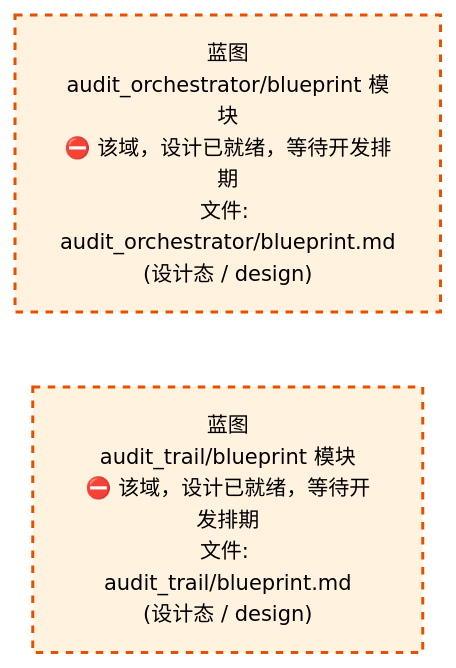
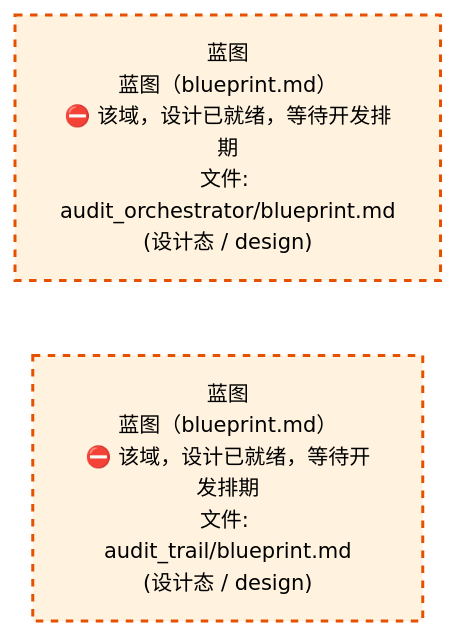
One commit to xuanFelixVan/ZephyrAlpha changed the third of 4 diagrams in docs/02_enterprise_architecture/02_domain_architecture_docs/50_d_gov_audit.md. Above: the diagram before and after it, drawn with Mermaid. The commit also changed other lines of this file and 61 other files, not shown here.

````diff
--- a/docs/02_enterprise_architecture/02_domain_architecture_docs/50_d_gov_audit.md
+++ b/docs/02_enterprise_architecture/02_domain_architecture_docs/50_d_gov_audit.md
@@ -807,12 +807,12 @@
 ```mermaid
 %%{init: {'theme': 'base', 'themeVariables': {'primaryColor': '#eaeaea', 'primaryTextColor': '#333333', 'primaryBorderColor': '#666666', 'lineColor': '#666666', 'secondaryColor': '#eaeaea', 'tertiaryColor': '#eaeaea', 'fontSize': '14px'}}}%%
 flowchart TD
-    docs_03_modules_cross_layer_audit_orchestrator_blueprint_md["蓝图<br/>audit_orchestrator/blueprint 模块<br/>⛔ 该域，设计已就绪，等待开发排期<br/>文件: audit_orchestrator/blueprint.md<br/>(设计态 / design)"]
-    docs_03_modules_domain_governance_audit_trail_blueprint_md["蓝图<br/>audit_trail/blueprint 模块<br/>⛔ 该域，设计已就绪，等待开发排期<br/>文件: audit_trail/blueprint.md<br/>(设计态 / design)"]
+    docs_03_modules_cross_layer_audit_orchestrator_blueprint_md["蓝图<br/>蓝图（blueprint.md）<br/>⛔ 该域，设计已就绪，等待开发排期<br/>文件: audit_orchestrator/blueprint.md<br/>(设计态 / design)"]
+    docs_03_modules_domain_governance_audit_trail_blueprint_md["蓝图<br/>蓝图（blueprint.md）<br/>⛔ 该域，设计已就绪，等待开发排期<br/>文件: audit_trail/blueprint.md<br/>(设计态 / design)"]
     docs_03_modules_cross_layer_audit_orchestrator_blueprint_md ~~~ docs_03_modules_domain_governance_audit_trail_blueprint_md
     classDef production fill:#e1f5fe,stroke:#01579b,stroke-width:2px,color:#000
     classDef design fill:#fff3e0,stroke:#e65100,stroke-width:2px,color:#000,stroke-dasharray: 5 5
     classDef external_prod fill:#e8f4fd,stroke:#0277bd,stroke-width:1px,color:#000
     classDef external_design fill:#fff8e7,stroke:#ef6c00,stroke-width:1px,color:#000,stroke-dasharray: 5 5
     class docs_03_modules_cross_layer_audit_orchestrator_blueprint_md,docs_03_modules_domain_governance_audit_trail_blueprint_md design
 ```
````
